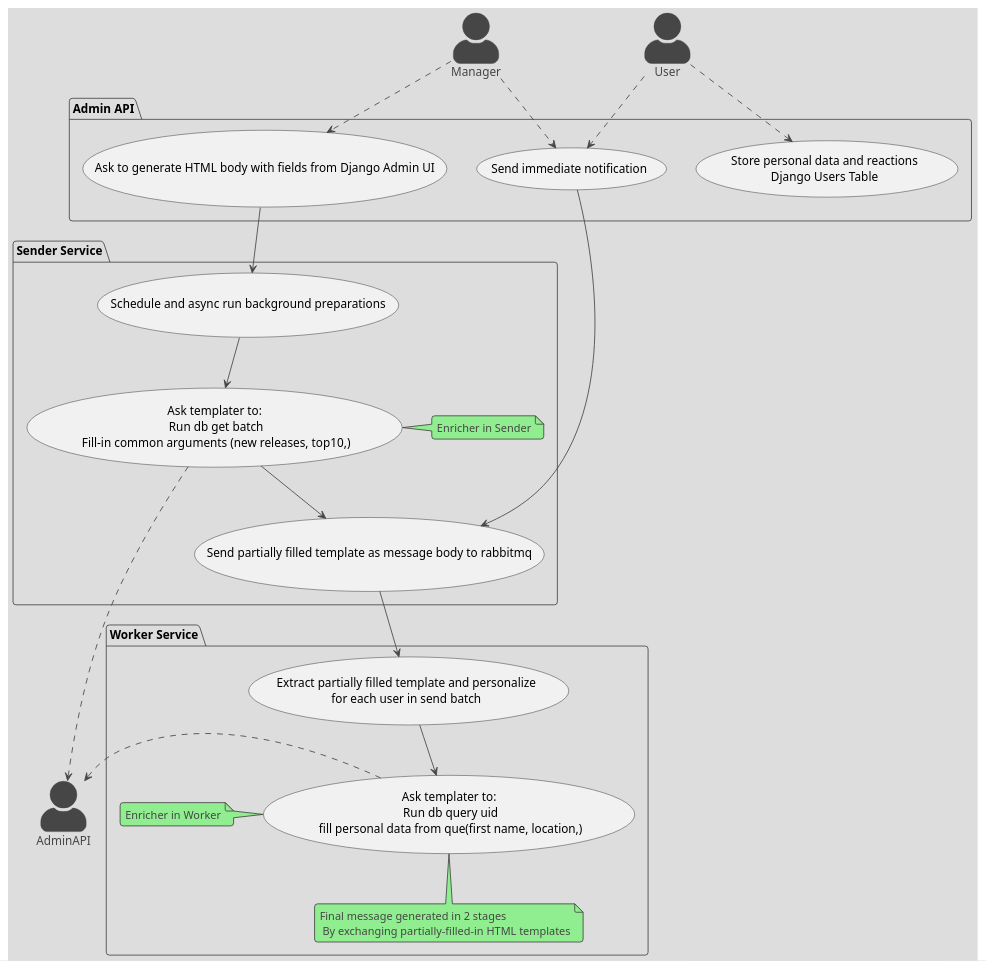
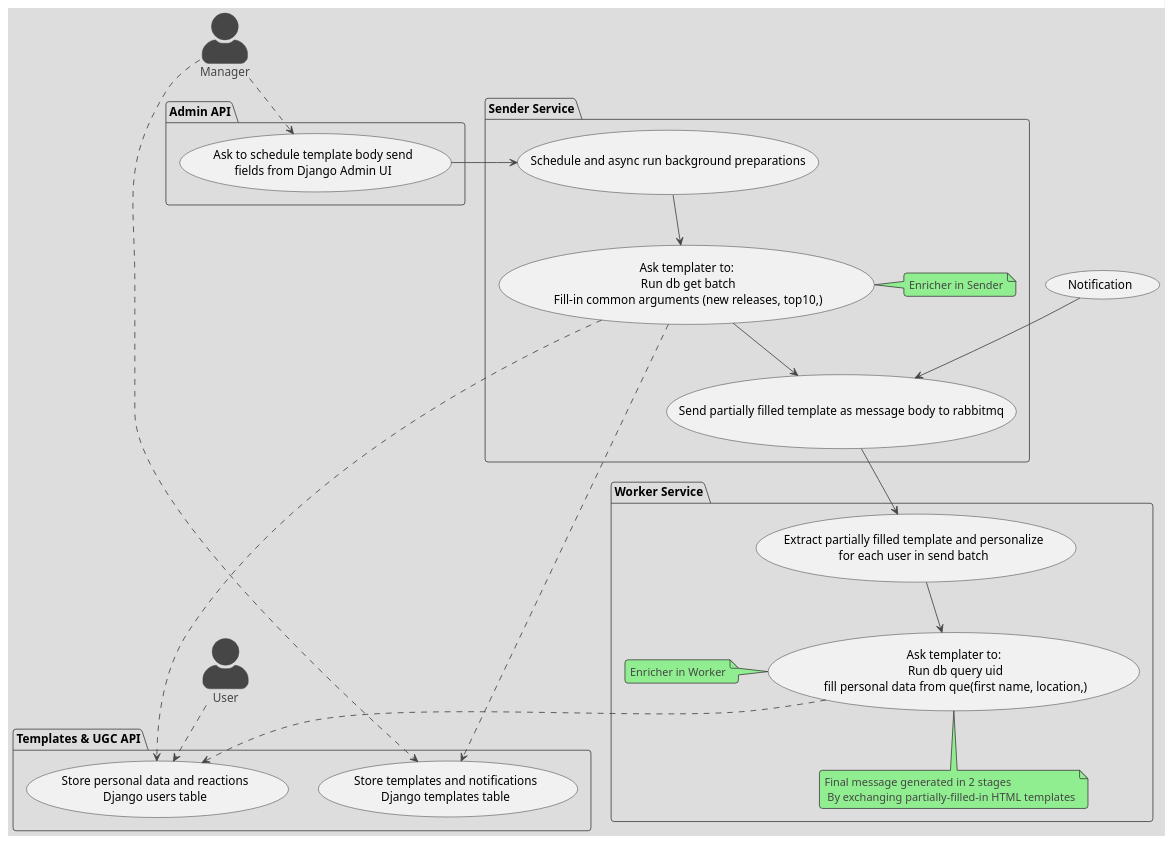
One commit to ilya-spy/notifications_sprint_1 changed the diagram in doc/usecases/generation.puml. Above: the diagram before and after it, drawn with PlantUML. The commit also changed 13 other files, not shown here.

Commit message:
fixed relationships in generation, simpleified flows

```diff
--- a/doc/usecases/generation.puml
+++ b/doc/usecases/generation.puml
@@ -1,53 +1,56 @@
 @startuml "message generation flow"
 
 'https://plantuml.com/use-case-diagram'
 skinparam actorStyle awesome
 !theme toy
 
 
 actor Manager
-actor AdminAPI
+actor User
 
 
+package "Templates & UGC API" {
+    "Store personal data and reactions\nDjango users table" as (Account)
+    "Store templates and notifications\nDjango templates table" as (Storage)
+}
+
 package "Admin API" {
-    "Send immediate notification" as (Notification)
-    "Store personal data and reactions\nDjango Users Table" as (Account)
-    "Ask to generate HTML body with fields from Django Admin UI" as (Templater)
+    "Ask to schedule template body send\nfields from Django Admin UI" as (Templater)
 }
 
 package "Sender Service" {
     "Schedule and async run background preparations" as (Bg)
     "Ask templater to:\n Run db get batch\n Fill-in common arguments (new releases, top10,)" as (Fill-1)
     "Send partially filled template as message body to rabbitmq" as (Send)
 
     note right of (Fill-1): Enricher in Sender
 }
 
 package "Worker Service" {
     "Extract partially filled template and personalize\nfor each user in send batch" as (Extract)
     "Ask templater to:\n Run db query uid\n fill personal data from que(first name, location,)" as (Fill-2)
 
     note left of (Fill-2): Enricher in Worker
     note bottom of (Fill-2): Final message generated in 2 stages\n By exchanging partially-filled-in HTML templates
 
 }
 
 
 User ..> (Account)
-User ..> (Notification)
 
-Manager ..> (Notification)
 Manager ..> (Templater)
+Manager ..> (Storage)
 
-(Templater) --> (Bg)
+(Templater) -> (Bg)
 (Bg) --> (Fill-1)
 (Fill-1) --> (Send)
 (Notification) --> (Send)
 
 (Send) --> (Extract)
 (Extract) --> (Fill-2)
 
-(Fill-1) ..> AdminAPI
-(Fill-2) .> AdminAPI
+(Fill-1) ..> (Storage)
+(Fill-1) ..> (Account)
+(Fill-2) ..> (Account)
 
 @enduml
```
